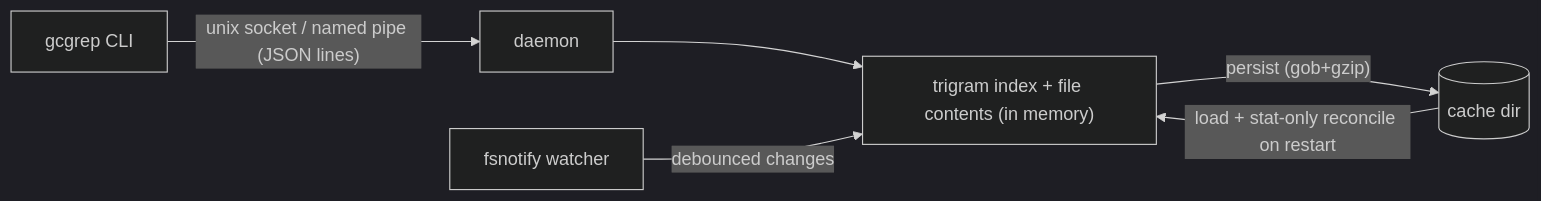
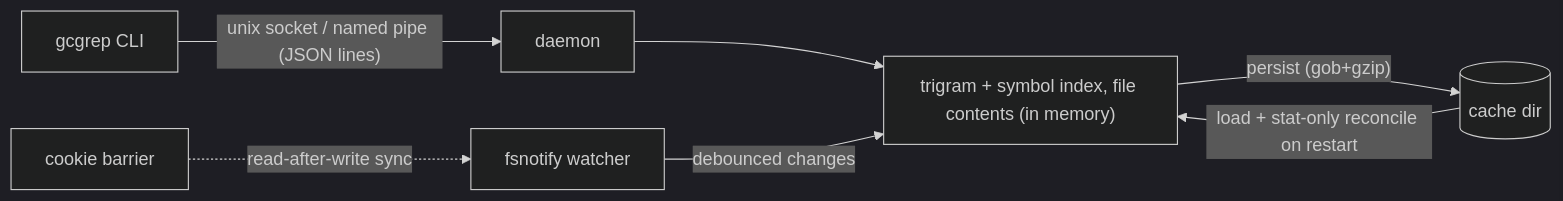
The diagram in README.md (zliss/gcgrep), drawn with Mermaid (dark theme) before and after one commit. The commit also changed other lines of this file and 16 other files, not shown here.

````diff
--- a/README.md
+++ b/README.md
@@ -75,8 +116,9 @@
 ```mermaid
 flowchart LR
     CLI[gcgrep CLI] -- "unix socket / named pipe (JSON lines)" --> D[daemon]
-    D --> IX["trigram index + file contents (in memory)"]
+    D --> IX["trigram + symbol index, file contents (in memory)"]
     W[fsnotify watcher] -- "debounced changes" --> IX
+    CB[cookie barrier] -. "read-after-write sync" .-> W
     IX -- "persist (gob+gzip)" --> C[(cache dir)]
     C -- "load + stat-only reconcile on restart" --> IX
 ```
````
